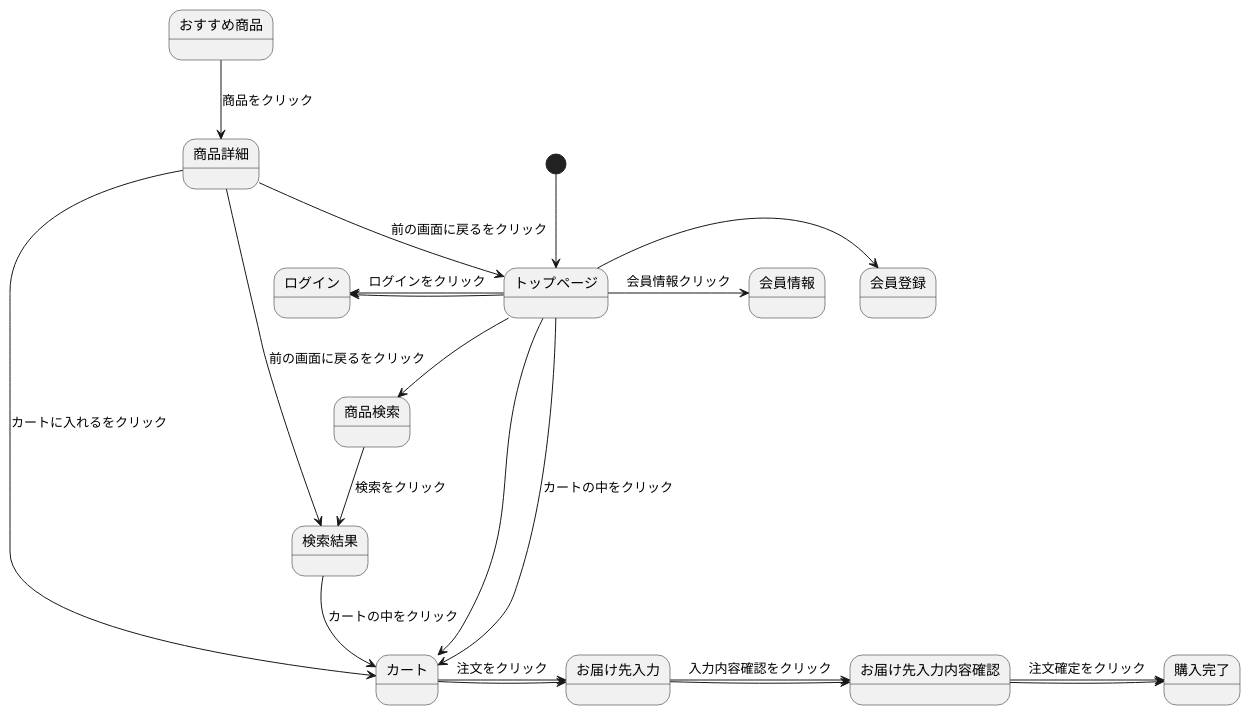
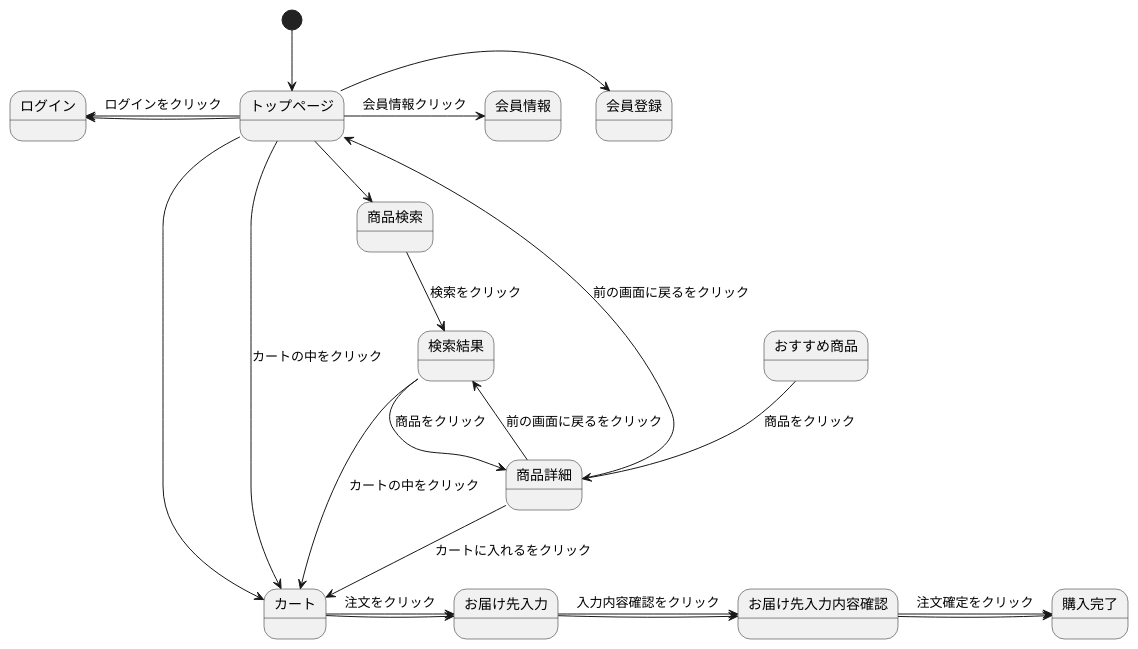
One commit to Aso2001163/2021sys-design changed the diagram in myhp.md. Above: the diagram before and after it, drawn with PlantUML.

````diff
--- a/myhp.md
+++ b/myhp.md
@@ -1,24 +1,25 @@
 ```uml
 @startuml
 [*] --> トップページ
 トップページ -> 会員登録
 トップページ -left-> ログイン
 トップページ --> カート
 トップページ -->商品検索
 商品検索-->検索結果 :検索をクリック
 検索結果-->カート :カートの中をクリック
+検索結果-->商品詳細 : 商品をクリック
 カート -> お届け先入力
 お届け先入力 -> お届け先入力内容確認
 お届け先入力内容確認 -> 購入完了
 トップページ -> 会員情報 : 会員情報クリック
 トップページ -left-> ログイン : ログインをクリック
 おすすめ商品 --> 商品詳細 : 商品をクリック
 トップページ --> カート : カートの中をクリック
 商品詳細 --> カート : カートに入れるをクリック
 商品詳細 --> トップページ : 前の画面に戻るをクリック
 商品詳細-->検索結果 : 前の画面に戻るをクリック
 カート -> お届け先入力 : 注文をクリック
 お届け先入力 -> お届け先入力内容確認 : 入力内容確認をクリック
 お届け先入力内容確認 -> 購入完了 : 注文確定をクリック
 @enduml
 ```
````
